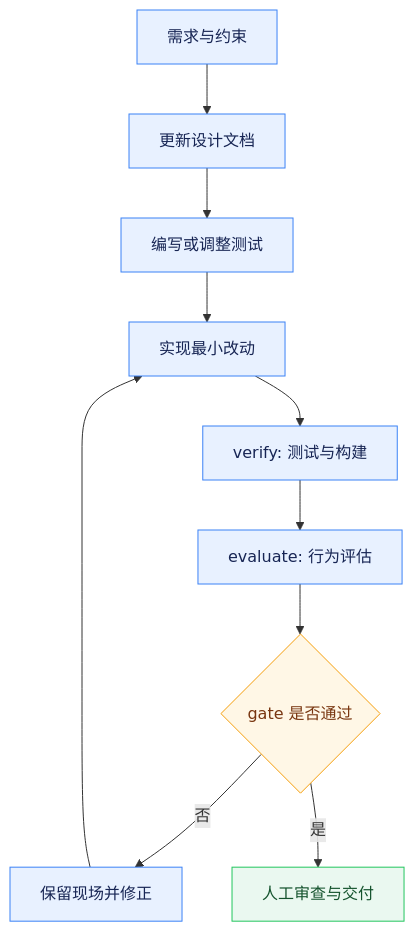
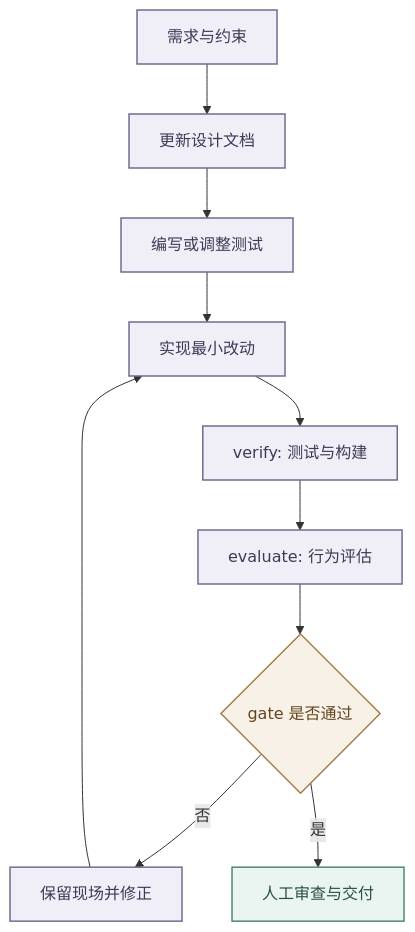
Before and after one commit to Logistic98/job-buddy: the diagram in agent-doc/工程规范/AI协作开发与质量验证规范.md, drawn with Mermaid. The commit also changed other lines of this file and 32 other files, not shown here.

Commit message:
docs: align engine context and diagram guidance

````diff
--- a/agent-doc/工程规范/AI协作开发与质量验证规范.md
+++ b/agent-doc/工程规范/AI协作开发与质量验证规范.md
@@ -27,19 +32,19 @@
 ```mermaid
 graph TD
     A[需求与约束] --> B[更新设计文档]
     B --> C[编写或调整测试]
     C --> D[实现最小改动]
     D --> E[verify: 测试与构建]
     E --> F[evaluate: 行为评估]
     F --> G{gate 是否通过}
     G -->|否| H[保留现场并修正]
     H --> D
     G -->|是| I[人工审查与交付]
 
-    classDef process fill:#E8F1FF,stroke:#3B82F6,color:#172554;
-    classDef decision fill:#FFF7E6,stroke:#F59E0B,color:#78350F;
-    classDef result fill:#EAF8F0,stroke:#22C55E,color:#14532D;
+    classDef process fill:#F0EEF6,stroke:#746A91,color:#403957,stroke-width:1.5px;
+    classDef decision fill:#F8F1E7,stroke:#A67C48,color:#62451F,stroke-width:1.5px;
+    classDef result fill:#EAF4F1,stroke:#548678,color:#294F47,stroke-width:1.5px;
     class A,B,C,D,E,F,H process;
     class G decision;
     class I result;
 ```
````
